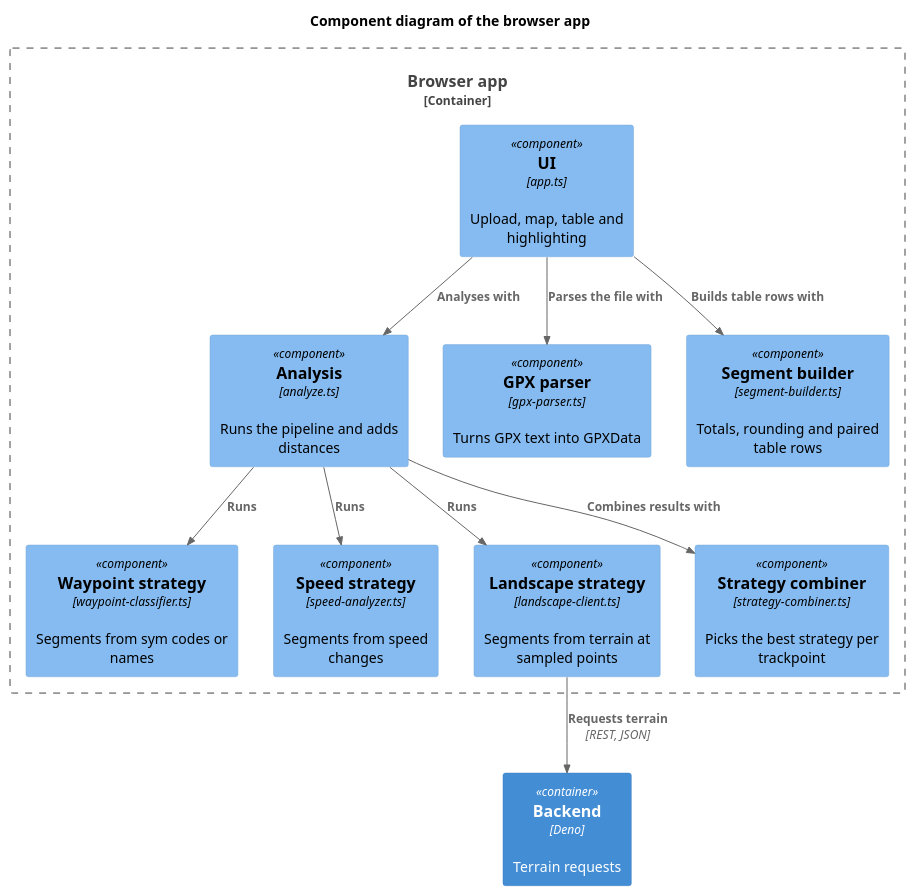
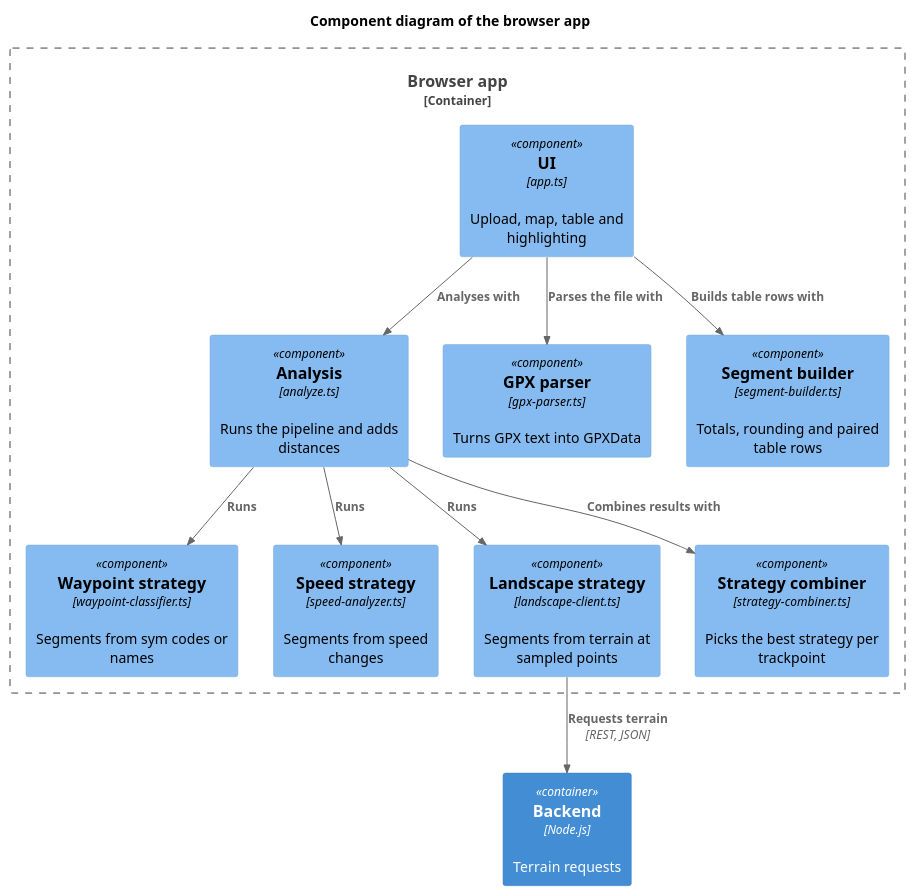
The diagram in docs/diagrams/component.puml (swimrun/tigerlegs), drawn with PlantUML before and after one commit. The commit also changed 18 other files, not shown here.

First line of the commit message:
Port the back end from Deno to Node.js with TypeScript, tested with Vitest (#76)

```diff
--- a/docs/diagrams/component.puml
+++ b/docs/diagrams/component.puml
@@ -1,27 +1,27 @@
 @startuml component
 !include <C4/C4_Component>
 
 title Component diagram of the browser app
 
-Container(backend, "Backend", "Deno", "Terrain requests")
+Container(backend, "Backend", "Node.js", "Terrain requests")
 
 Container_Boundary(browser, "Browser app") {
   Component(ui, "UI", "app.ts", "Upload, map, table and highlighting")
   Component(analysis, "Analysis", "analyze.ts", "Runs the pipeline and adds distances")
   Component(parser, "GPX parser", "gpx-parser.ts", "Turns GPX text into GPXData")
   Component(waypoint, "Waypoint strategy", "waypoint-classifier.ts", "Segments from sym codes or names")
   Component(speed, "Speed strategy", "speed-analyzer.ts", "Segments from speed changes")
   Component(landscape, "Landscape strategy", "landscape-client.ts", "Segments from terrain at sampled points")
   Component(combiner, "Strategy combiner", "strategy-combiner.ts", "Picks the best strategy per trackpoint")
   Component(builder, "Segment builder", "segment-builder.ts", "Totals, rounding and paired table rows")
 }
 
 Rel(ui, parser, "Parses the file with")
 Rel(ui, analysis, "Analyses with")
 Rel(ui, builder, "Builds table rows with")
 Rel(analysis, waypoint, "Runs")
 Rel(analysis, speed, "Runs")
 Rel(analysis, landscape, "Runs")
 Rel(analysis, combiner, "Combines results with")
 Rel(landscape, backend, "Requests terrain", "REST, JSON")
 @enduml
```
